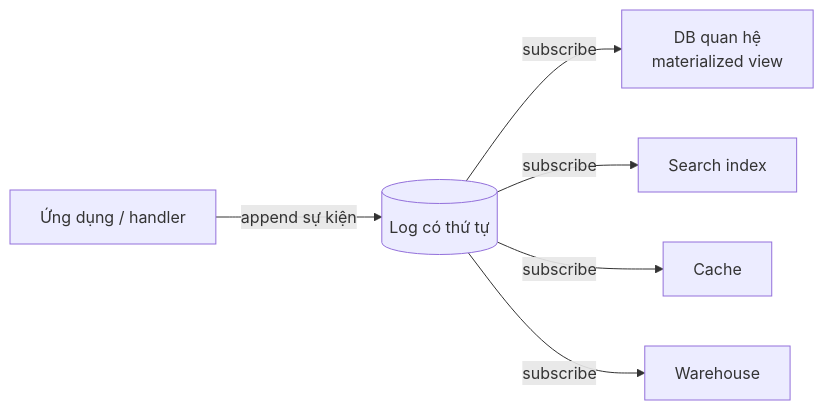
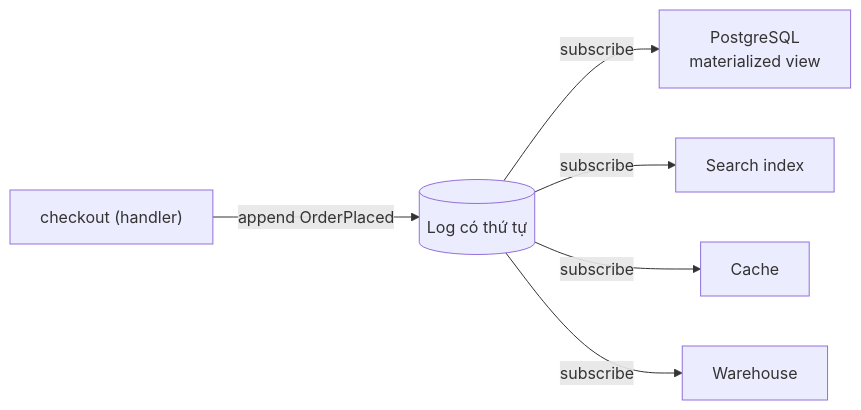
The second of 5 diagrams in docs/12-he-thong-du-lieu/12-dung-dan-va-tich-hop-du-lieu.md (pirumu/irust), drawn with Mermaid before and after one commit. The commit also changed other lines of this file and 27 other files, not shown here.

````diff
--- a/docs/12-he-thong-du-lieu/12-dung-dan-va-tich-hop-du-lieu.md
+++ b/docs/12-he-thong-du-lieu/12-dung-dan-va-tich-hop-du-lieu.md
@@ -93,8 +112,8 @@
 ```mermaid
 flowchart LR
-  APP["Ứng dụng / handler"] -->|"append sự kiện"| LOG[("Log có thứ tự")]
-  LOG -->|"subscribe"| DB["DB quan hệ<br/>materialized view"]
+  APP["checkout (handler)"] -->|"append OrderPlaced"| LOG[("Log có thứ tự")]
+  LOG -->|"subscribe"| DB["PostgreSQL<br/>materialized view"]
   LOG -->|"subscribe"| IDX["Search index"]
   LOG -->|"subscribe"| CACHE["Cache"]
   LOG -->|"subscribe"| DW["Warehouse"]
 ```
````
